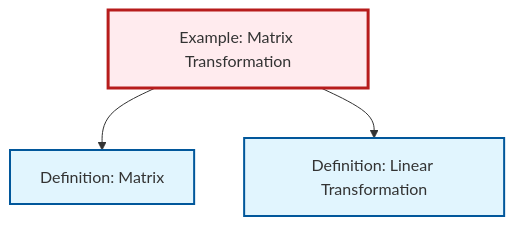
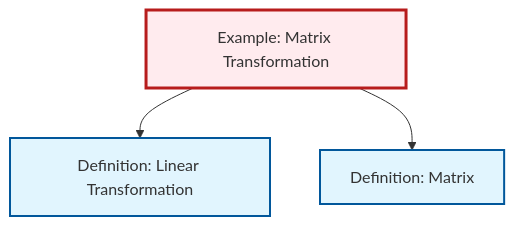
One commit to RK0429/ModernMath changed the diagram in content/ja/algebra/ex-matrix-transformation.qmd. Above: the diagram before and after it, drawn with Mermaid. The commit also changed other lines of this file and 619 other files, not shown here.

````diff
--- a/content/ja/algebra/ex-matrix-transformation.qmd
+++ b/content/ja/algebra/ex-matrix-transformation.qmd
@@ -53,17 +53,17 @@
 ```{mermaid}
 %%| fig-cap: "Local dependency graph"
 graph TD
     classDef definition fill:#e1f5fe,stroke:#01579b,stroke-width:2px
     classDef theorem fill:#f3e5f5,stroke:#4a148c,stroke-width:2px
     classDef axiom fill:#fff3e0,stroke:#e65100,stroke-width:2px
     classDef example fill:#e8f5e9,stroke:#1b5e20,stroke-width:2px
     classDef current fill:#ffebee,stroke:#b71c1c,stroke-width:3px
+    def-matrix["Definition: Matrix"]:::definition
+    def-linear-transformation["Definition: Linear Transformation"]:::definition
     ex-matrix-transformation["Example: Matrix Transformation"]:::example
-    def-linear-transformation["Definition: Linear Transformation"]:::definition
-    def-matrix["Definition: Matrix"]:::definition
+    ex-matrix-transformation --> def-linear-transformation
     ex-matrix-transformation --> def-matrix
-    ex-matrix-transformation --> def-linear-transformation
     class ex-matrix-transformation current
+    click def-matrix "def-matrix.html" "Definition: Matrixへ"
     click def-linear-transformation "def-linear-transformation.html" "Definition: Linear Transformationへ"
-    click def-matrix "def-matrix.html" "Definition: Matrixへ"
 ```
````
